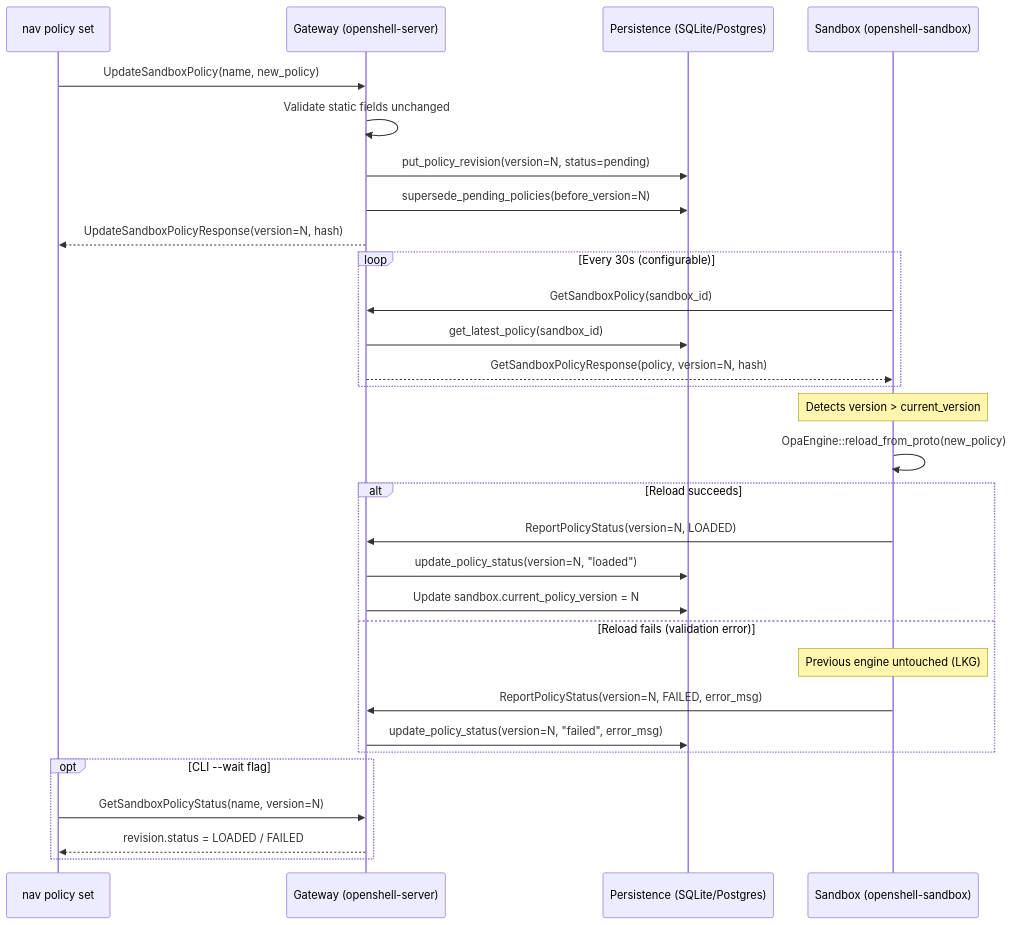
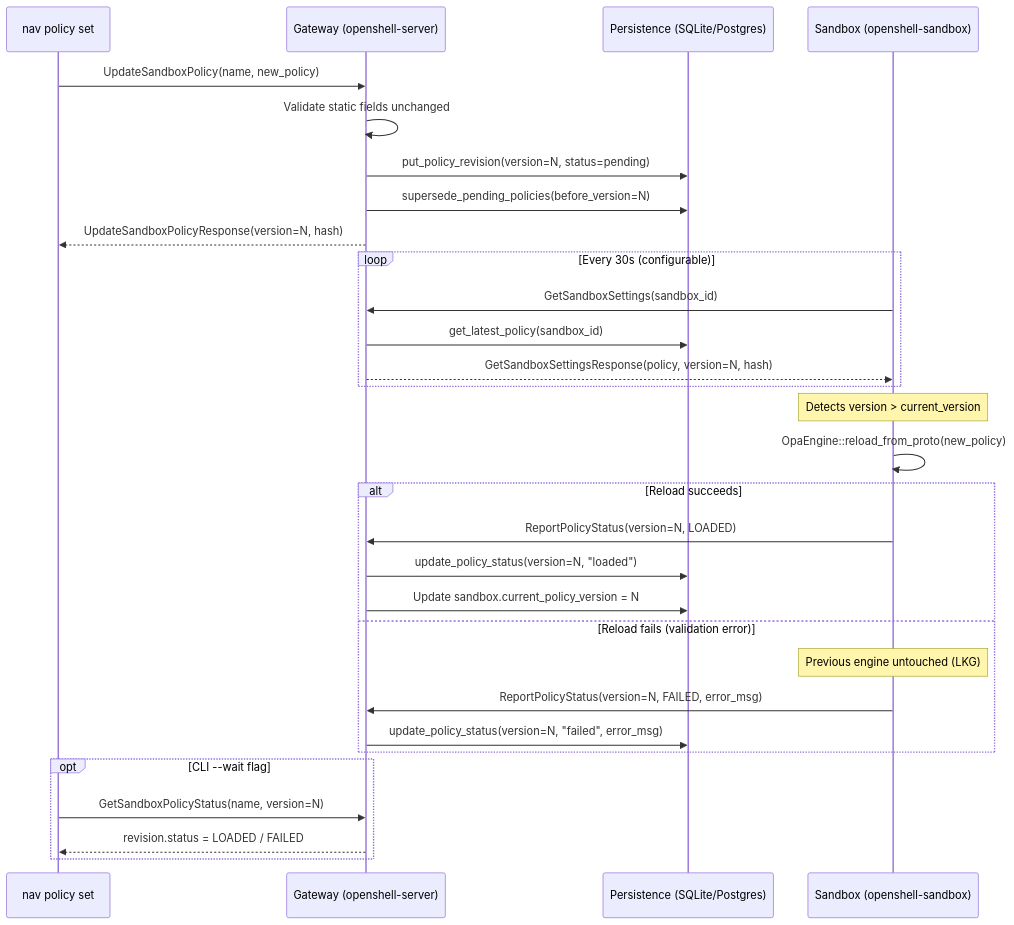
One commit to st-gr/OpenShell changed the second of 6 diagrams in architecture/security-policy.md. Above: the diagram before and after it, drawn with Mermaid. The commit also changed other lines of this file and 50 other files, not shown here.

First line of the commit message:
feat(settings): gateway-to-sandbox runtime settings channel (#474)

````diff
--- a/architecture/security-policy.md
+++ b/architecture/security-policy.md
@@ -101,37 +101,37 @@
 ```mermaid
 sequenceDiagram
     participant CLI as nav policy set
     participant GW as Gateway (openshell-server)
     participant DB as Persistence (SQLite/Postgres)
     participant SB as Sandbox (openshell-sandbox)
 
     CLI->>GW: UpdateSandboxPolicy(name, new_policy)
     GW->>GW: Validate static fields unchanged
     GW->>DB: put_policy_revision(version=N, status=pending)
     GW->>DB: supersede_pending_policies(before_version=N)
     GW-->>CLI: UpdateSandboxPolicyResponse(version=N, hash)
 
     loop Every 30s (configurable)
-        SB->>GW: GetSandboxPolicy(sandbox_id)
+        SB->>GW: GetSandboxSettings(sandbox_id)
         GW->>DB: get_latest_policy(sandbox_id)
-        GW-->>SB: GetSandboxPolicyResponse(policy, version=N, hash)
+        GW-->>SB: GetSandboxSettingsResponse(policy, version=N, hash)
     end
 
     Note over SB: Detects version > current_version
     SB->>SB: OpaEngine::reload_from_proto(new_policy)
 
     alt Reload succeeds
         SB->>GW: ReportPolicyStatus(version=N, LOADED)
         GW->>DB: update_policy_status(version=N, "loaded")
         GW->>DB: Update sandbox.current_policy_version = N
     else Reload fails (validation error)
         Note over SB: Previous engine untouched (LKG)
         SB->>GW: ReportPolicyStatus(version=N, FAILED, error_msg)
         GW->>DB: update_policy_status(version=N, "failed", error_msg)
     end
 
     opt CLI --wait flag
         CLI->>GW: GetSandboxPolicyStatus(name, version=N)
         GW-->>CLI: revision.status = LOADED / FAILED
     end
 ```
````
